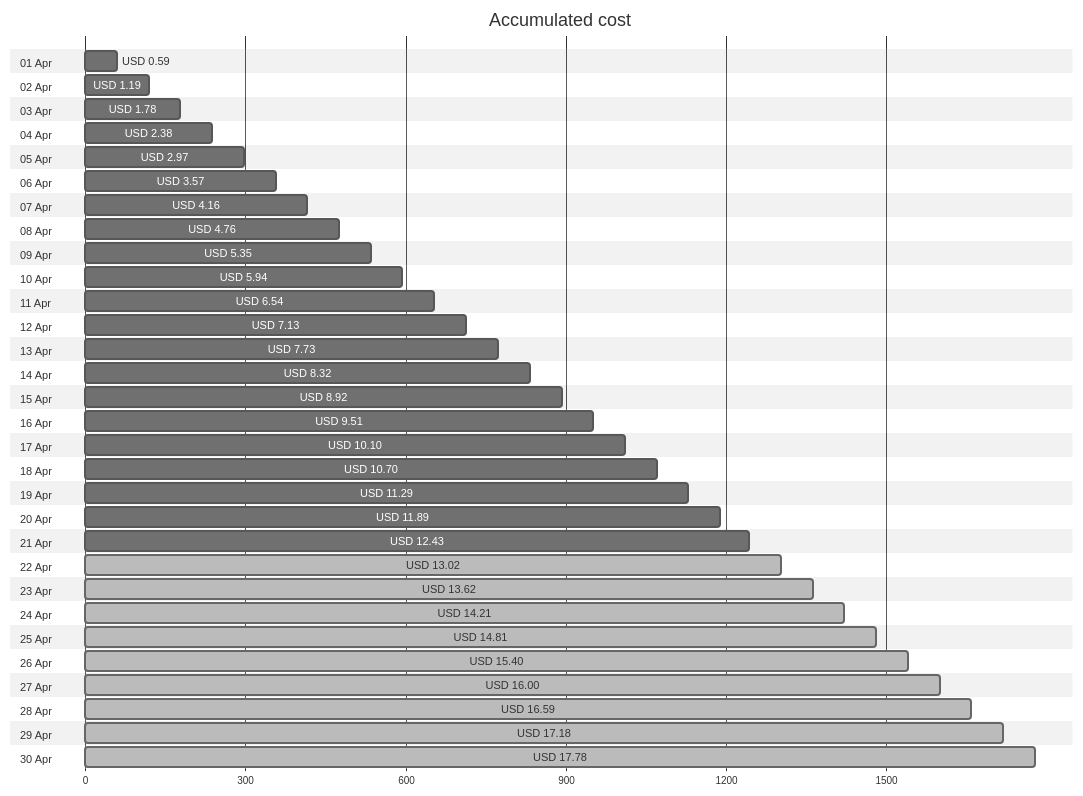
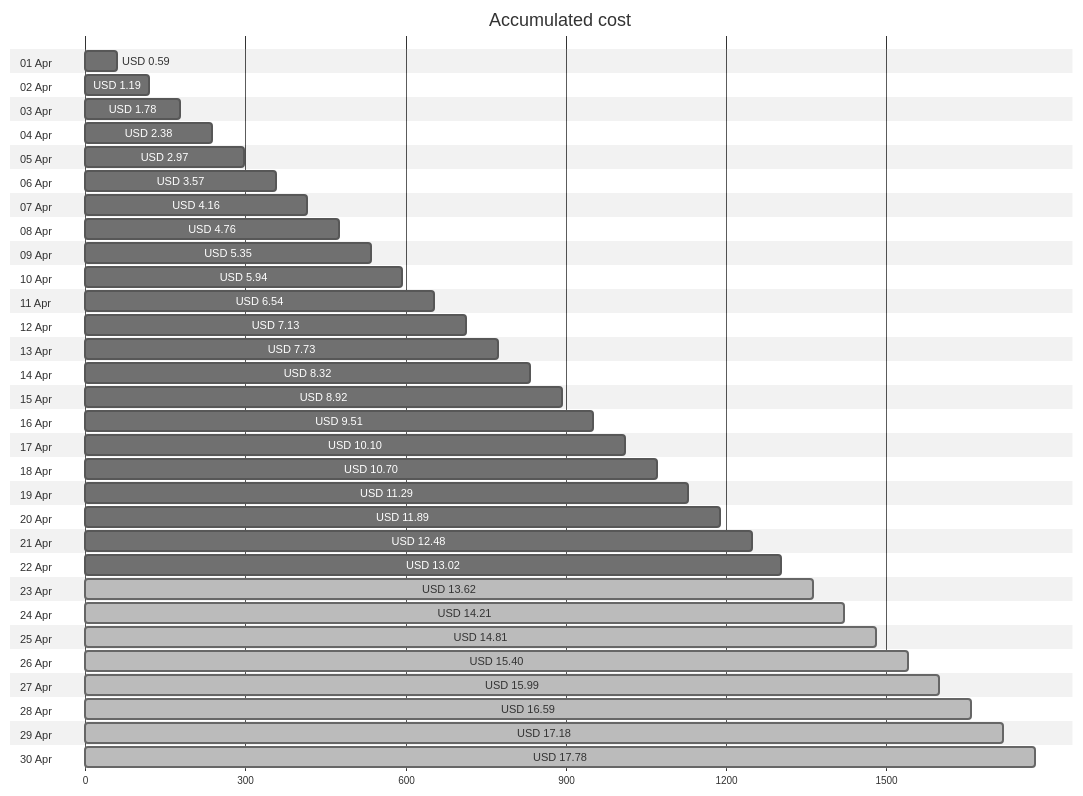
The first of 4 diagrams in cost-reports/personal-site/README.md (jpfulton/azure-personal-reports), drawn with Mermaid (neutral theme) before and after one commit. The commit also changed other lines of this file and 6 other files, not shown here.

````diff
--- a/cost-reports/personal-site/README.md
+++ b/cost-reports/personal-site/README.md
@@ -20,66 +20,66 @@
 ```mermaid
 gantt
    title Accumulated cost
    dateFormat  X
    axisFormat %s
    section 01 Apr
    USD 0.59 :0, 59
    section 02 Apr
    USD 1.19 :0, 119
    section 03 Apr
    USD 1.78 :0, 178
    section 04 Apr
    USD 2.38 :0, 238
    section 05 Apr
    USD 2.97 :0, 297
    section 06 Apr
    USD 3.57 :0, 357
    section 07 Apr
    USD 4.16 :0, 416
    section 08 Apr
    USD 4.76 :0, 476
    section 09 Apr
    USD 5.35 :0, 535
    section 10 Apr
    USD 5.94 :0, 594
    section 11 Apr
    USD 6.54 :0, 654
    section 12 Apr
    USD 7.13 :0, 713
    section 13 Apr
    USD 7.73 :0, 773
    section 14 Apr
    USD 8.32 :0, 832
    section 15 Apr
    USD 8.92 :0, 892
    section 16 Apr
    USD 9.51 :0, 951
    section 17 Apr
    USD 10.10 :0, 1010
    section 18 Apr
    USD 10.70 :0, 1070
    section 19 Apr
    USD 11.29 :0, 1129
    section 20 Apr
    USD 11.89 :0, 1189
    section 21 Apr
-   USD 12.43 :0, 1243
+   USD 12.48 :0, 1248
    section 22 Apr
-   USD 13.02 : done, 0, 1302
+   USD 13.02 :0, 1302
    section 23 Apr
    USD 13.62 : done, 0, 1362
    section 24 Apr
    USD 14.21 : done, 0, 1421
    section 25 Apr
    USD 14.81 : done, 0, 1481
    section 26 Apr
    USD 15.40 : done, 0, 1540
    section 27 Apr
-   USD 16.00 : done, 0, 1600
+   USD 15.99 : done, 0, 1599
    section 28 Apr
    USD 16.59 : done, 0, 1659
    section 29 Apr
    USD 17.18 : done, 0, 1718
    section 30 Apr
    USD 17.78 : done, 0, 1778
 ```
````
